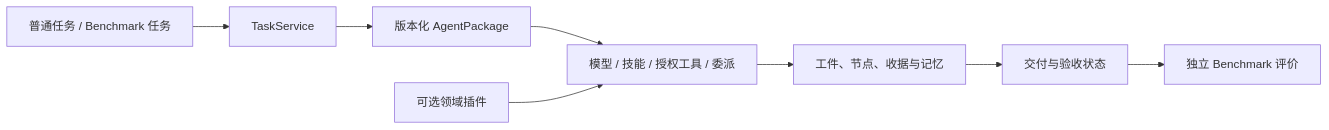
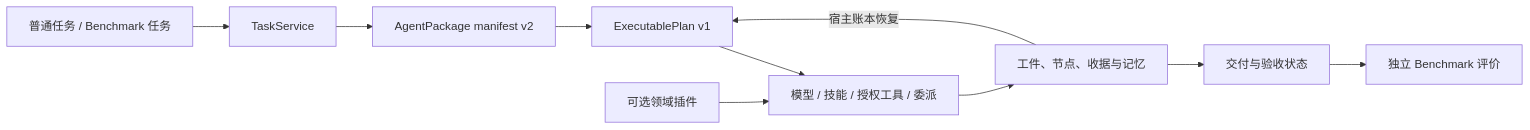
One commit to csxq0605/Nexgent changed the diagram in README.md. Above: the diagram before and after it, drawn with Mermaid. The commit also changed other lines of this file and 2 other files, not shown here.

Commit message:
docs: position executable plan runtime

````diff
--- a/README.md
+++ b/README.md
@@ -48,10 +51,12 @@
 ```mermaid
 flowchart LR
     T[普通任务 / Benchmark 任务] --> S[TaskService]
-    S --> P[版本化 AgentPackage]
-    P --> C[模型 / 技能 / 授权工具 / 委派]
+    S --> P[AgentPackage manifest v2]
+    P --> E[ExecutablePlan v1]
+    E --> C[模型 / 技能 / 授权工具 / 委派]
     C --> A[工件、节点、收据与记忆]
     A --> O[交付与验收状态]
     D[可选领域插件] --> C
+    A -->|宿主账本恢复| E
     O --> B[独立 Benchmark 评价]
 ```
````
